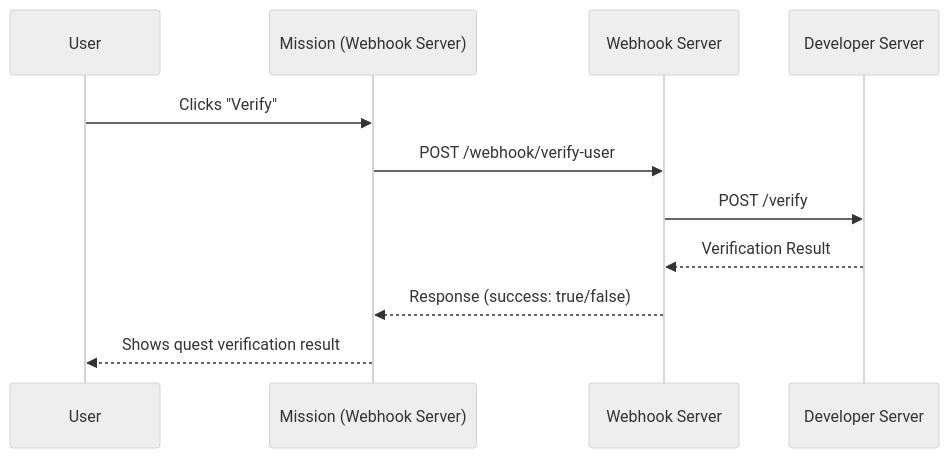
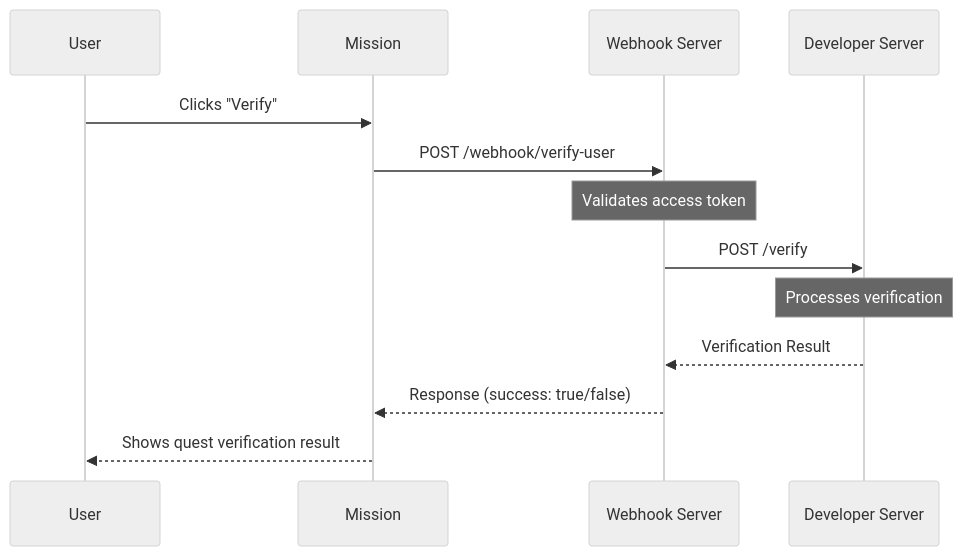
Before and after one commit to flyworker/research: the diagram in agent/sample_code/webhook/readme.md, drawn with Mermaid (neutral theme).

Commit message:
Refactor sequence diagram in README.md for clarity by simplifying participant labels and enhancing the flow description.

````diff
--- a/agent/sample_code/webhook/readme.md
+++ b/agent/sample_code/webhook/readme.md
@@ -23,14 +23,16 @@
 ```mermaid
 sequenceDiagram
     participant User
-    participant Mission (Webhook Server)
+    participant Mission
     participant Webhook Server
     participant Developer Server
 
-    User->>Mission (Webhook Server): Clicks "Verify"
-    Mission (Webhook Server)->>Webhook Server: POST /webhook/verify-user
+    User->>Mission: Clicks "Verify"
+    Mission->>Webhook Server: POST /webhook/verify-user
+    Note over Webhook Server: Validates access token
     Webhook Server->>Developer Server: POST /verify
+    Note over Developer Server: Processes verification
     Developer Server-->>Webhook Server: Verification Result
-    Webhook Server-->>Mission (Webhook Server): Response (success: true/false)
-    Mission (Webhook Server)-->>User: Shows quest verification result
+    Webhook Server-->>Mission: Response (success: true/false)
+    Mission-->>User: Shows quest verification result
 ```
````
